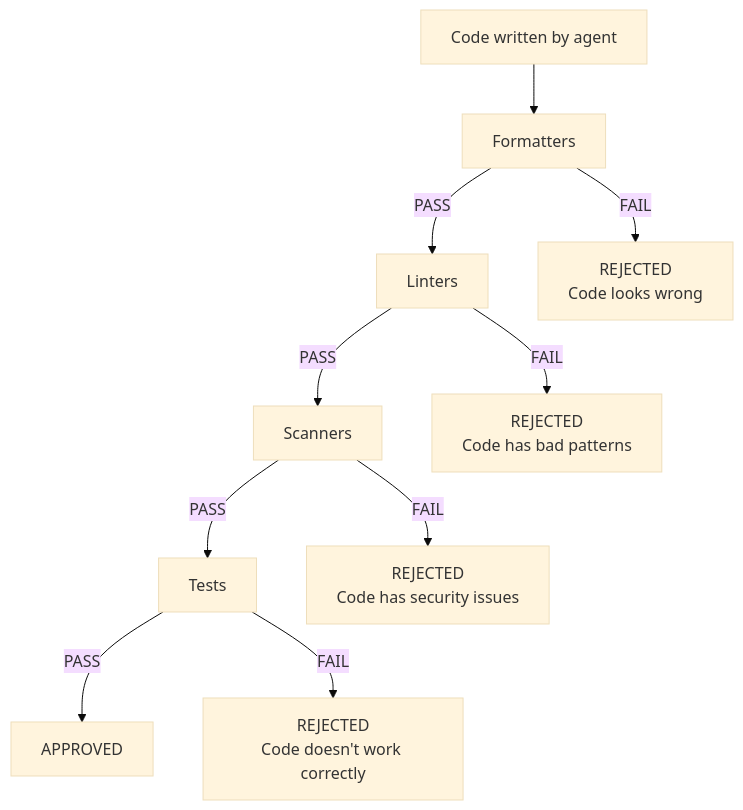
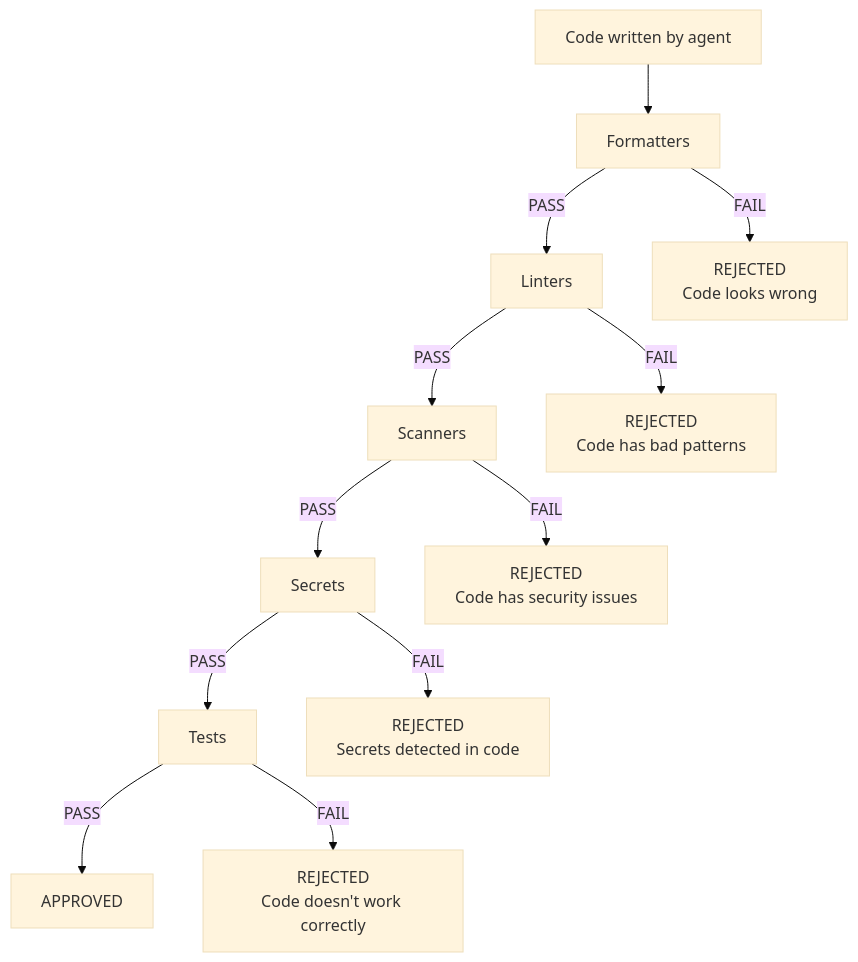
One commit to seanpor/AgentGuide changed the third of 8 diagrams in writing-production-code.md. Above: the diagram before and after it, drawn with Mermaid (base theme). The commit also changed other lines of this file and 5 other files, not shown here.

````diff
--- a/writing-production-code.md
+++ b/writing-production-code.md
@@ -493,12 +493,14 @@
 ```mermaid
 flowchart TD
     Code["Code written by agent"] --> Formatters
     Formatters -->|PASS| Linters
     Formatters -->|FAIL| R1[REJECTED<br/>Code looks wrong]
     Linters -->|PASS| Scanners
     Linters -->|FAIL| R2[REJECTED<br/>Code has bad patterns]
-    Scanners -->|PASS| Tests
+    Scanners -->|PASS| Secrets
     Scanners -->|FAIL| R3[REJECTED<br/>Code has security issues]
+    Secrets -->|PASS| Tests
+    Secrets -->|FAIL| R4[REJECTED<br/>Secrets detected in code]
     Tests -->|PASS| Approved[APPROVED]
-    Tests -->|FAIL| R4[REJECTED<br/>Code doesn't work correctly]
+    Tests -->|FAIL| R5[REJECTED<br/>Code doesn't work correctly]
 ```
````
